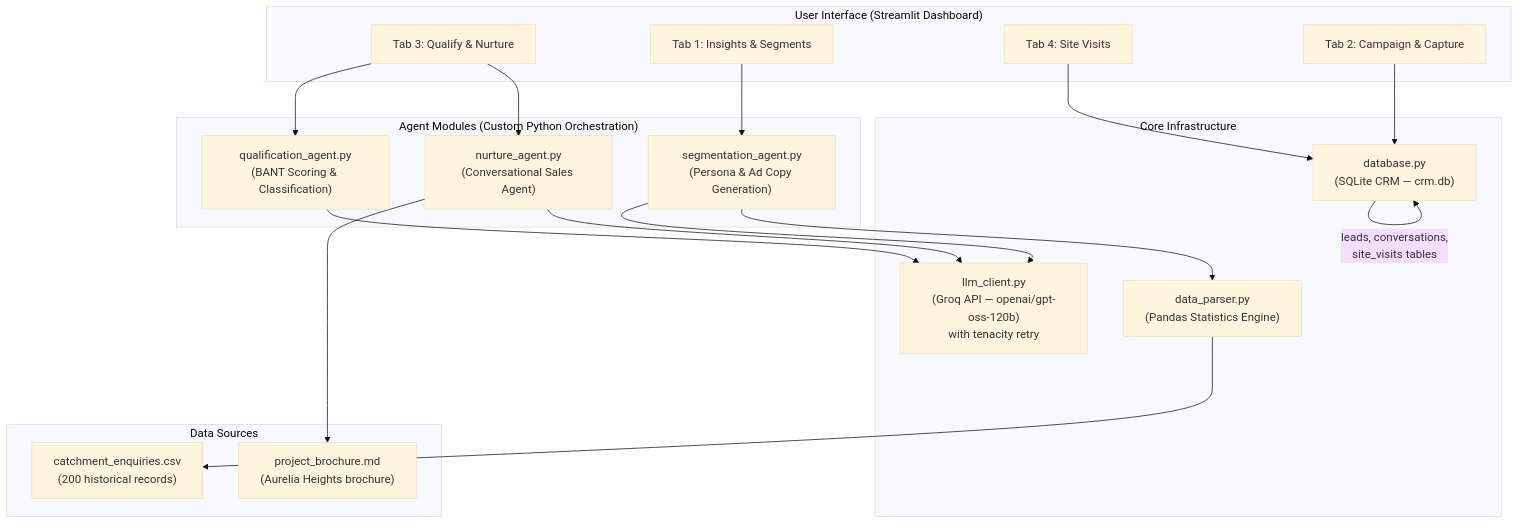
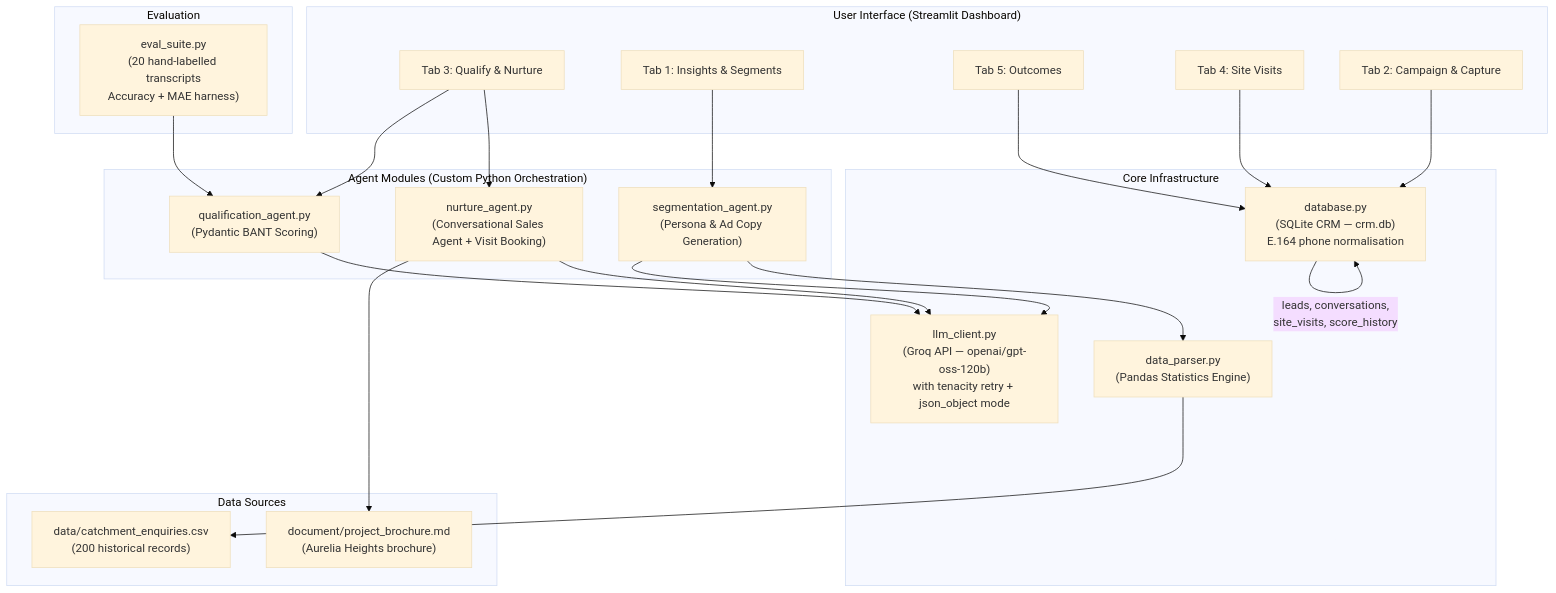
Before and after one commit to Daminigit/ai-real-estate-agent: the first of 2 diagrams in document/architecture.md, drawn with Mermaid (base theme). The commit also changed other lines of this file and 5 other files, not shown here.

````diff
--- a/document/architecture.md
+++ b/document/architecture.md
@@ -17,44 +17,51 @@
 ```mermaid
 graph TD
     subgraph "User Interface (Streamlit Dashboard)"
         Tab1["Tab 1: Insights & Segments"]
         Tab2["Tab 2: Campaign & Capture"]
         Tab3["Tab 3: Qualify & Nurture"]
         Tab4["Tab 4: Site Visits"]
+        Tab5["Tab 5: Outcomes"]
     end
 
     subgraph "Agent Modules (Custom Python Orchestration)"
         SA["segmentation_agent.py\n(Persona & Ad Copy Generation)"]
-        NA["nurture_agent.py\n(Conversational Sales Agent)"]
-        QA["qualification_agent.py\n(BANT Scoring & Classification)"]
+        NA["nurture_agent.py\n(Conversational Sales Agent + Visit Booking)"]
+        QA["qualification_agent.py\n(Pydantic BANT Scoring)"]
     end
 
     subgraph "Core Infrastructure"
-        LLM["llm_client.py\n(Groq API — openai/gpt-oss-120b)\nwith tenacity retry"]
+        LLM["llm_client.py\n(Groq API — openai/gpt-oss-120b)\nwith tenacity retry + json_object mode"]
         DP["data_parser.py\n(Pandas Statistics Engine)"]
-        DB["database.py\n(SQLite CRM — crm.db)"]
+        DB["database.py\n(SQLite CRM — crm.db)\nE.164 phone normalisation"]
     end
 
     subgraph "Data Sources"
-        CSV["catchment_enquiries.csv\n(200 historical records)"]
-        Brochure["project_brochure.md\n(Aurelia Heights brochure)"]
+        CSV["data/catchment_enquiries.csv\n(200 historical records)"]
+        Brochure["document/project_brochure.md\n(Aurelia Heights brochure)"]
+    end
+
+    subgraph "Evaluation"
+        EVAL["eval_suite.py\n(20 hand-labelled transcripts\nAccuracy + MAE harness)"]
     end
 
     %% UI to Agent connections
     Tab1 --> SA
     Tab2 --> DB
     Tab3 --> NA
     Tab3 --> QA
     Tab4 --> DB
+    Tab5 --> DB
 
     %% Agent to Infrastructure
     SA --> LLM
     SA --> DP
     NA --> LLM
     NA --> Brochure
     QA --> LLM
 
     %% Infrastructure to Data
     DP --> CSV
-    DB --> |"leads, conversations,\nsite_visits tables"| DB
+    DB --> |"leads, conversations,\nsite_visits, score_history"| DB
+    EVAL --> QA
 ```
````
